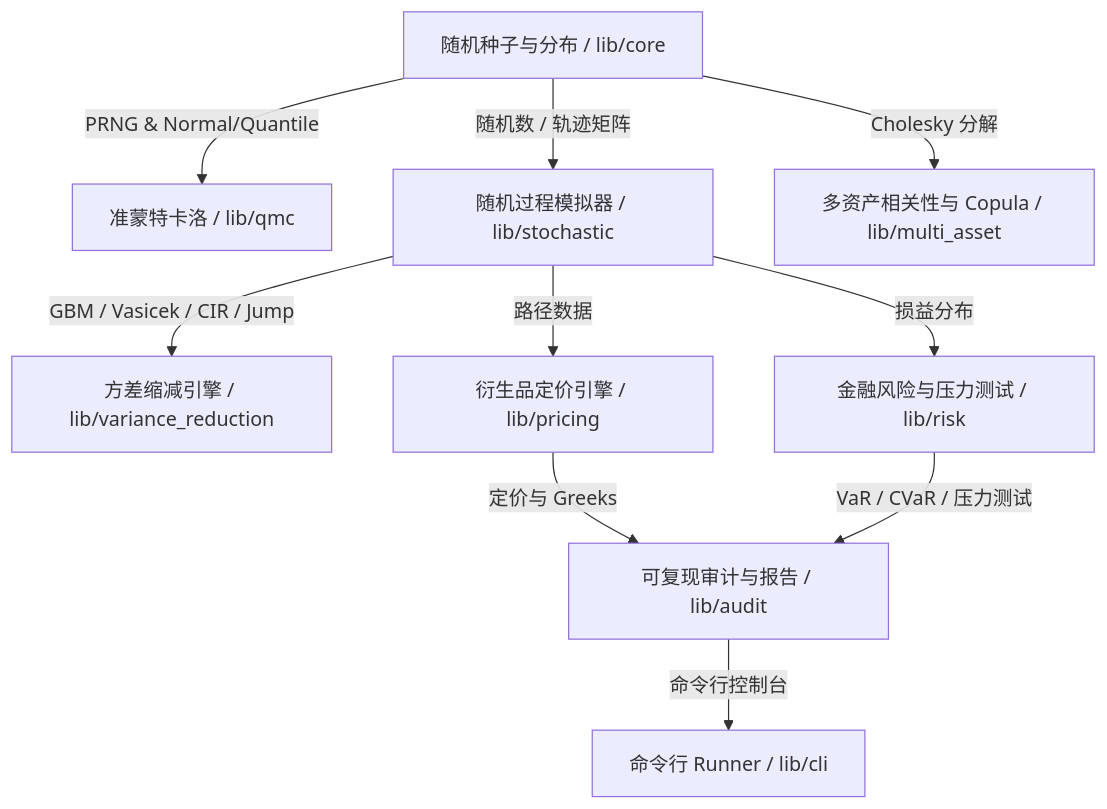
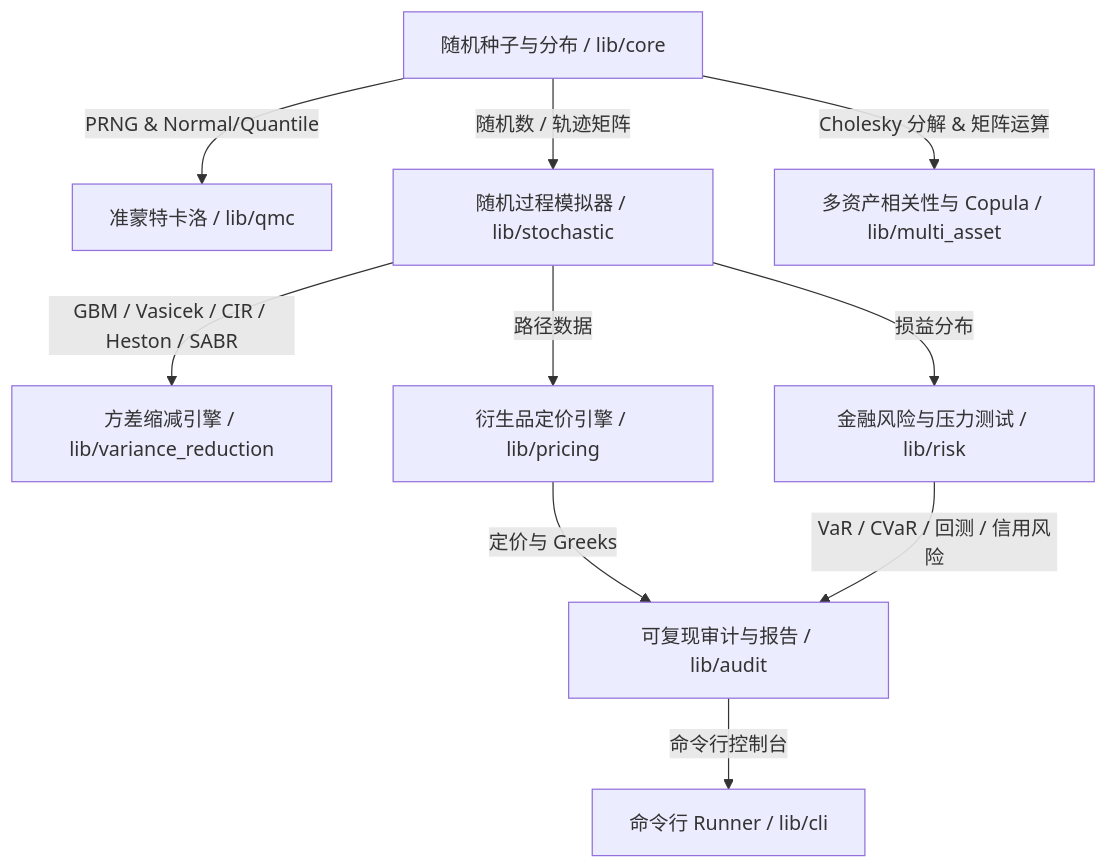
One commit to jdjjttr/moonbit-montecarlo changed the diagram in README.md. Above: the diagram before and after it, drawn with Mermaid. The commit also changed other lines of this file and 2 other files, not shown here.

````diff
--- a/README.md
+++ b/README.md
@@ -52,12 +59,12 @@
 ```mermaid
 flowchart TD
     A[随机种子与分布 / lib/core] -->|PRNG & Normal/Quantile| B[准蒙特卡洛 / lib/qmc]
     A -->|随机数 / 轨迹矩阵| C[随机过程模拟器 / lib/stochastic]
-    C -->|GBM / Vasicek / CIR / Jump| D[方差缩减引擎 / lib/variance_reduction]
-    A -->|Cholesky 分解| E[多资产相关性与 Copula / lib/multi_asset]
+    C -->|GBM / Vasicek / CIR / Heston / SABR| D[方差缩减引擎 / lib/variance_reduction]
+    A -->|Cholesky 分解 & 矩阵运算| E[多资产相关性与 Copula / lib/multi_asset]
     C -->|路径数据| F[衍生品定价引擎 / lib/pricing]
     C -->|损益分布| G[金融风险与压力测试 / lib/risk]
     F -->|定价与 Greeks| H[可复现审计与报告 / lib/audit]
-    G -->|VaR / CVaR / 压力测试| H
+    G -->|VaR / CVaR / 回测 / 信用风险| H
     H -->|命令行控制台| I[命令行 Runner / lib/cli]
 ```
````
